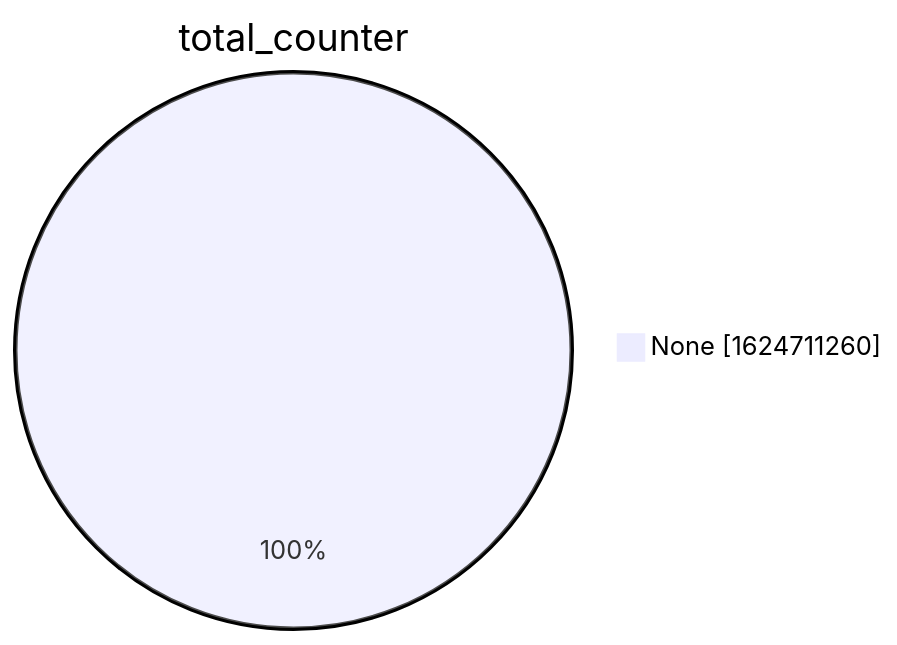
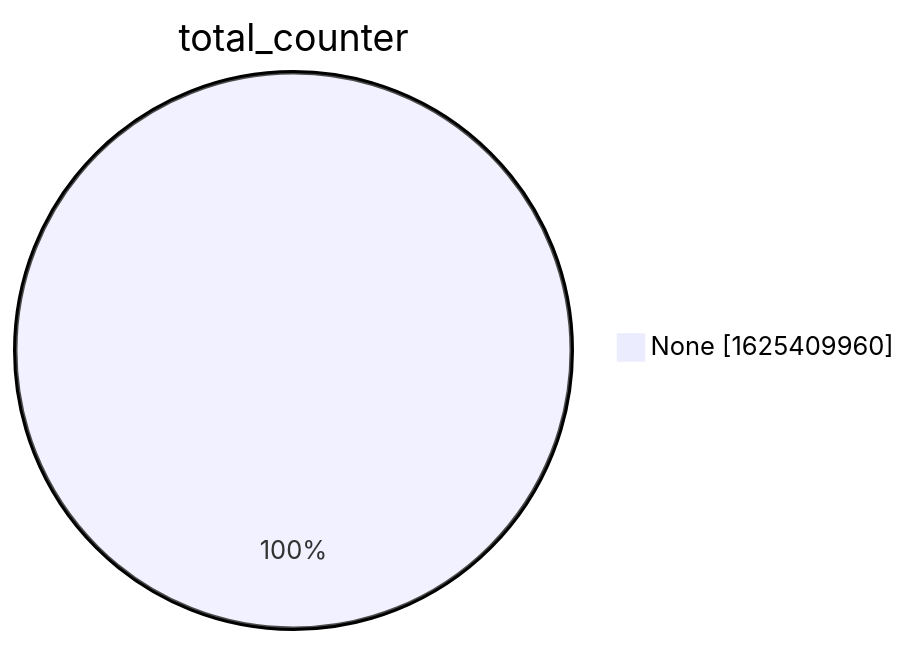
Before and after one commit to christiankrug/ctmonitor_visualization: the second of 15 diagrams in xenon2022/README.md, drawn with Mermaid. The commit also changed other lines of this file, not shown here.

````diff
--- a/xenon2022/README.md
+++ b/xenon2022/README.md
@@ -9,5 +9,5 @@
 ```mermaid
 pie showData
 title total_counter
-"None" :1624711260
+"None" :1625409960
 ```
````
